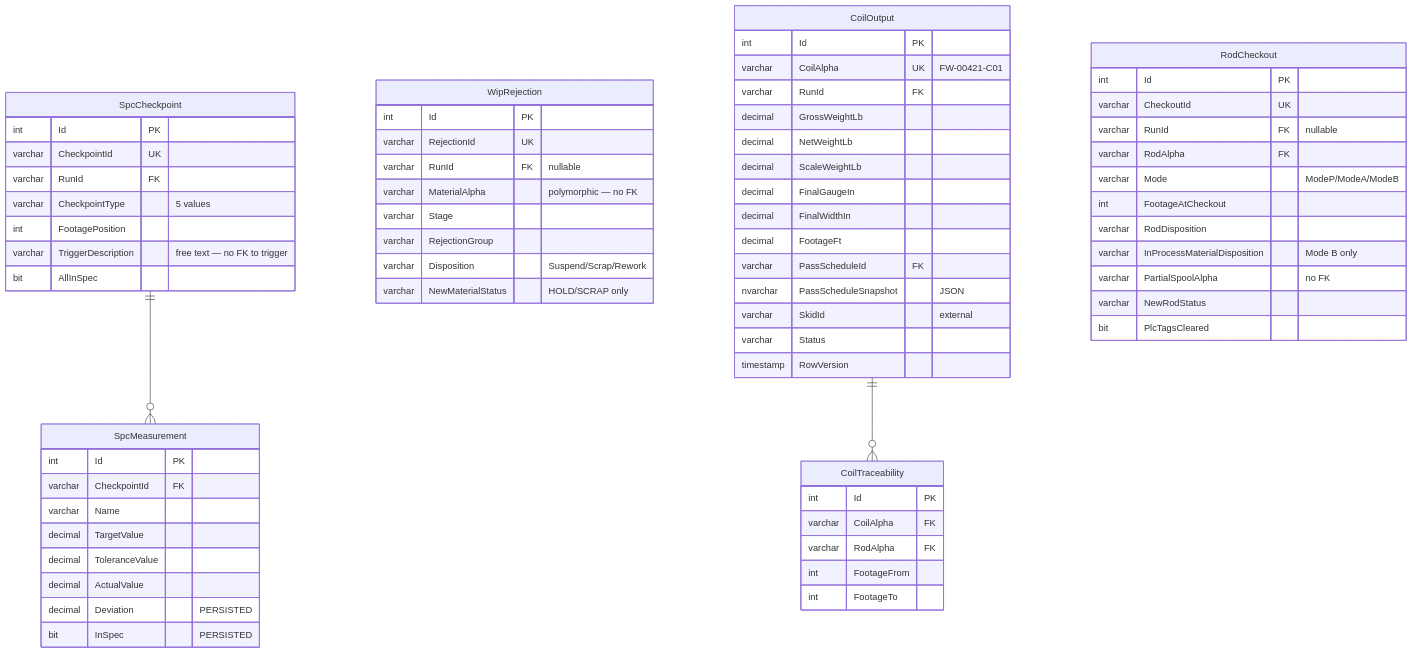
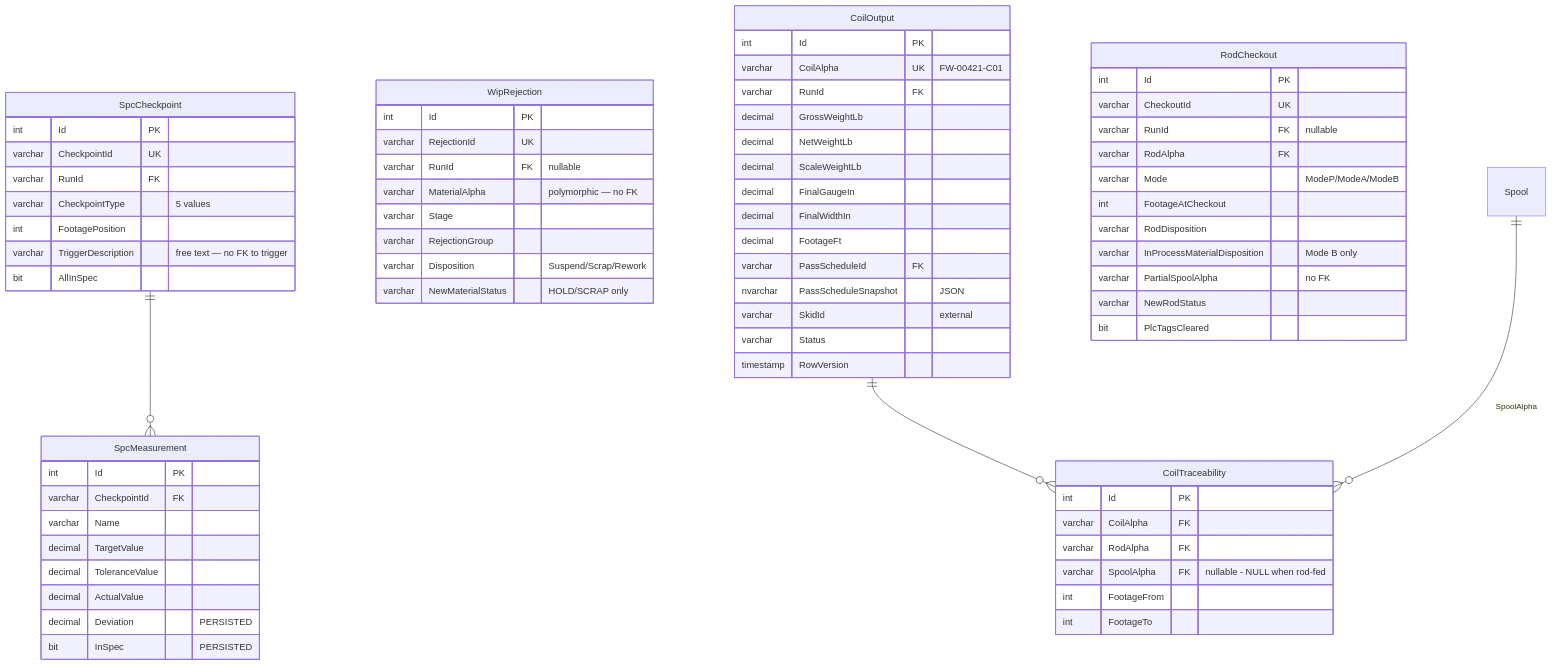
Before and after one commit to UnitedAluminum/Flatwire-planning: the ninth of 10 diagrams in LatestDocument/ProjectPlan/03-HLD-and-ERDiagram.md, drawn with Mermaid. The commit also changed other lines of this file and 50 other files, not shown here.

````diff
--- a/LatestDocument/ProjectPlan/03-HLD-and-ERDiagram.md
+++ b/LatestDocument/ProjectPlan/03-HLD-and-ERDiagram.md
@@ -832,59 +834,61 @@
 ```mermaid
 erDiagram
     SpcCheckpoint { int Id PK
         varchar CheckpointId UK
         varchar RunId FK
         varchar CheckpointType "5 values"
         int FootagePosition
         varchar TriggerDescription "free text — no FK to trigger"
         bit AllInSpec }
     SpcMeasurement { int Id PK
         varchar CheckpointId FK
         varchar Name
         decimal TargetValue
         decimal ToleranceValue
         decimal ActualValue
         decimal Deviation "PERSISTED"
         bit InSpec "PERSISTED" }
     WipRejection { int Id PK
         varchar RejectionId UK
         varchar RunId FK "nullable"
         varchar MaterialAlpha "polymorphic — no FK"
         varchar Stage
         varchar RejectionGroup
         varchar Disposition "Suspend/Scrap/Rework"
         varchar NewMaterialStatus "HOLD/SCRAP only" }
     CoilOutput { int Id PK
         varchar CoilAlpha UK "FW-00421-C01"
         varchar RunId FK
         decimal GrossWeightLb
         decimal NetWeightLb
         decimal ScaleWeightLb
         decimal FinalGaugeIn
         decimal FinalWidthIn
         decimal FootageFt
         varchar PassScheduleId FK
         nvarchar PassScheduleSnapshot "JSON"
         varchar SkidId "external"
         varchar Status
         timestamp RowVersion }
     CoilTraceability { int Id PK
         varchar CoilAlpha FK
         varchar RodAlpha FK
+        varchar SpoolAlpha FK "nullable - NULL when rod-fed"
         int FootageFrom
         int FootageTo }
     RodCheckout { int Id PK
         varchar CheckoutId UK
         varchar RunId FK "nullable"
         varchar RodAlpha FK
         varchar Mode "ModeP/ModeA/ModeB"
         int FootageAtCheckout
         varchar RodDisposition
         varchar InProcessMaterialDisposition "Mode B only"
         varchar PartialSpoolAlpha "no FK"
         varchar NewRodStatus
         bit PlcTagsCleared }
 
     SpcCheckpoint ||--o{ SpcMeasurement : ""
     CoilOutput    ||--o{ CoilTraceability : ""
+    Spool         ||--o{ CoilTraceability : "SpoolAlpha"
 ```
````
